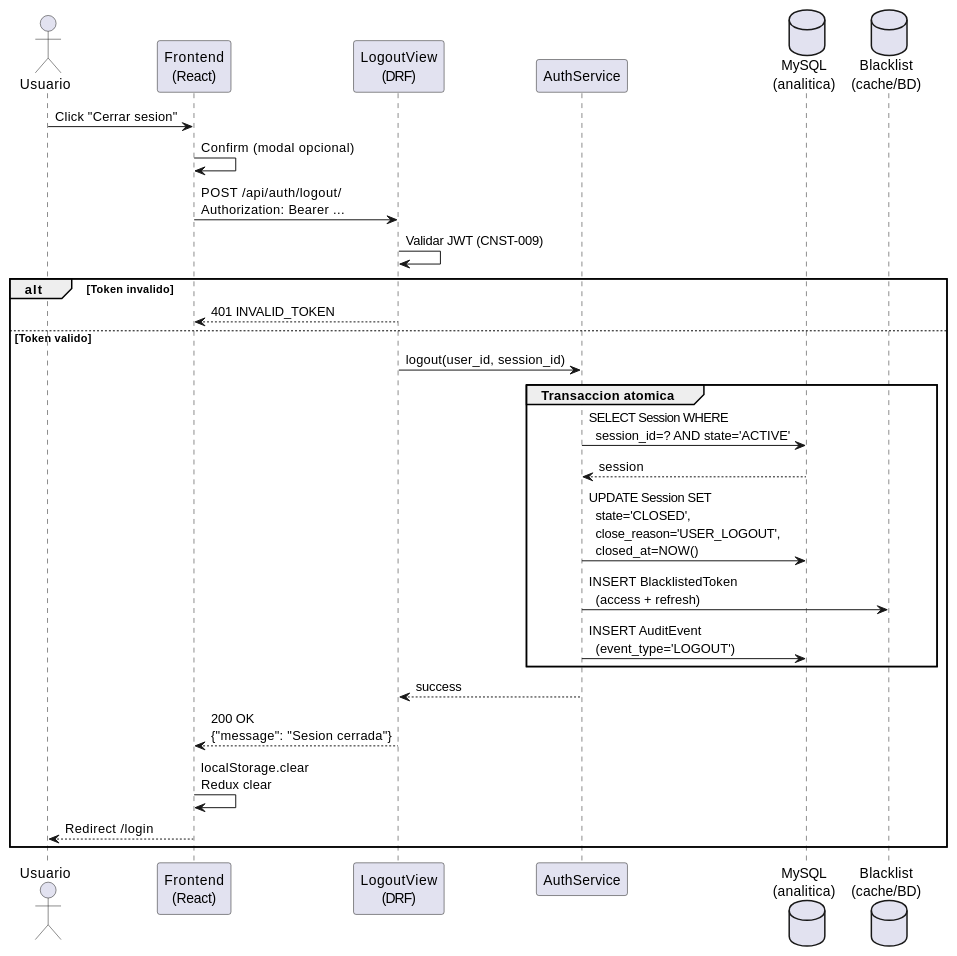
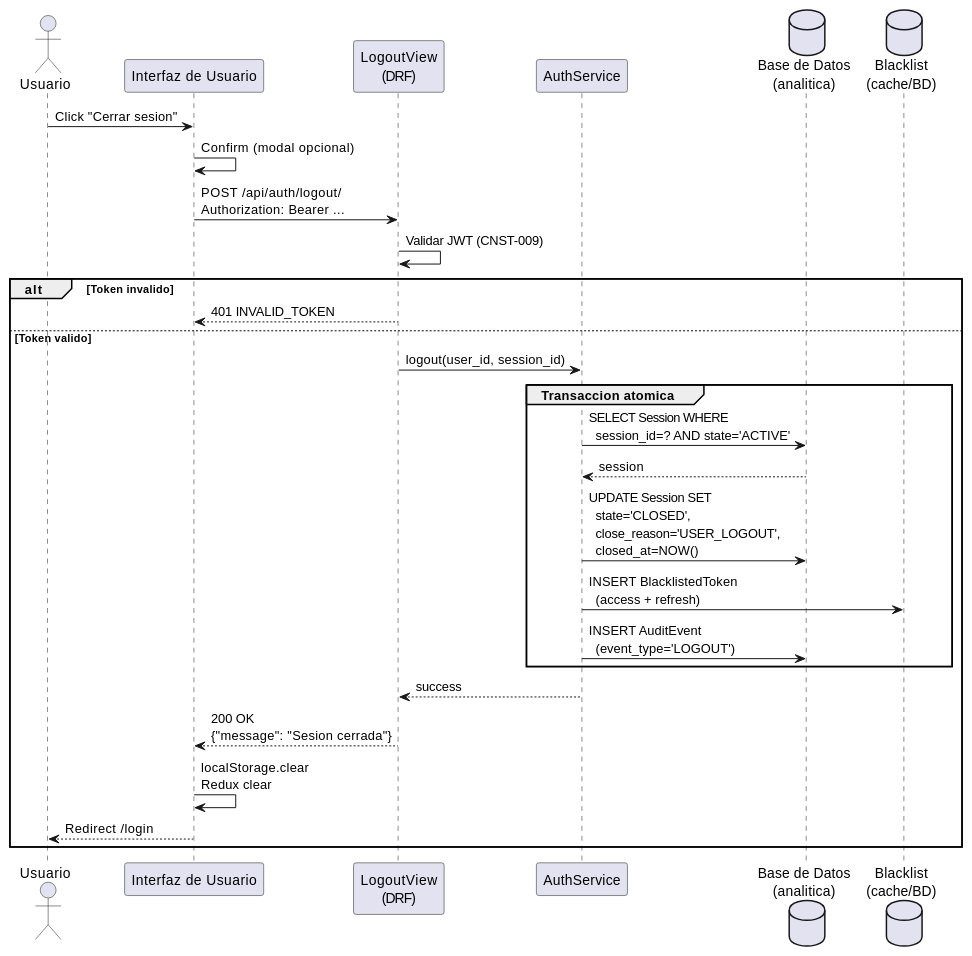
One commit to jcg-admin/IACT-docs changed the second of 4 diagrams in source/requisitos/casos-uso/auth/uc-auth-02/diagramas-uml.rst. Above: the diagram before and after it, drawn with PlantUML. The commit also changed 48 other files, not shown here.

```diff
--- a/source/requisitos/casos-uso/auth/uc-auth-02/diagramas-uml.rst
+++ b/source/requisitos/casos-uso/auth/uc-auth-02/diagramas-uml.rst
@@ -48,37 +48,37 @@
 .. uml::
  :caption: UC_AUTH_02 — flujo principal
 
  @startuml
 
  actor Usuario as U
- participant "Frontend\n(React)" as FE
+ participant "Interfaz de Usuario" as FE
  participant "LogoutView\n(DRF)" as LV
  participant "AuthService" as AS
- database "MySQL\n(analitica)" as DB
+ database "Base de Datos\n(analitica)" as DB
  database "Blacklist\n(cache/BD)" as BL
 
  U -> FE: Click "Cerrar sesion"
  FE -> FE: Confirm (modal opcional)
  FE -> LV: POST /api/auth/logout/\nAuthorization: Bearer ...
 
  LV -> LV: Validar JWT (CNST-009)
  alt Token invalido
    LV --> FE: 401 INVALID_TOKEN
  else Token valido
    LV -> AS: logout(user_id, session_id)
 
    group Transaccion atomica
      AS -> DB: SELECT Session WHERE\n  session_id=? AND state='ACTIVE'
      DB --> AS: session
      AS -> DB: UPDATE Session SET\n  state='CLOSED',\n  close_reason='USER_LOGOUT',\n  closed_at=NOW()
      AS -> BL: INSERT BlacklistedToken\n  (access + refresh)
      AS -> DB: INSERT AuditEvent\n  (event_type='LOGOUT')
    end
 
    AS --> LV: success
    LV --> FE: 200 OK\n{"message": "Sesion cerrada"}
    FE -> FE: localStorage.clear\nRedux clear
    FE --> U: Redirect /login
  end
 
  @enduml
```
